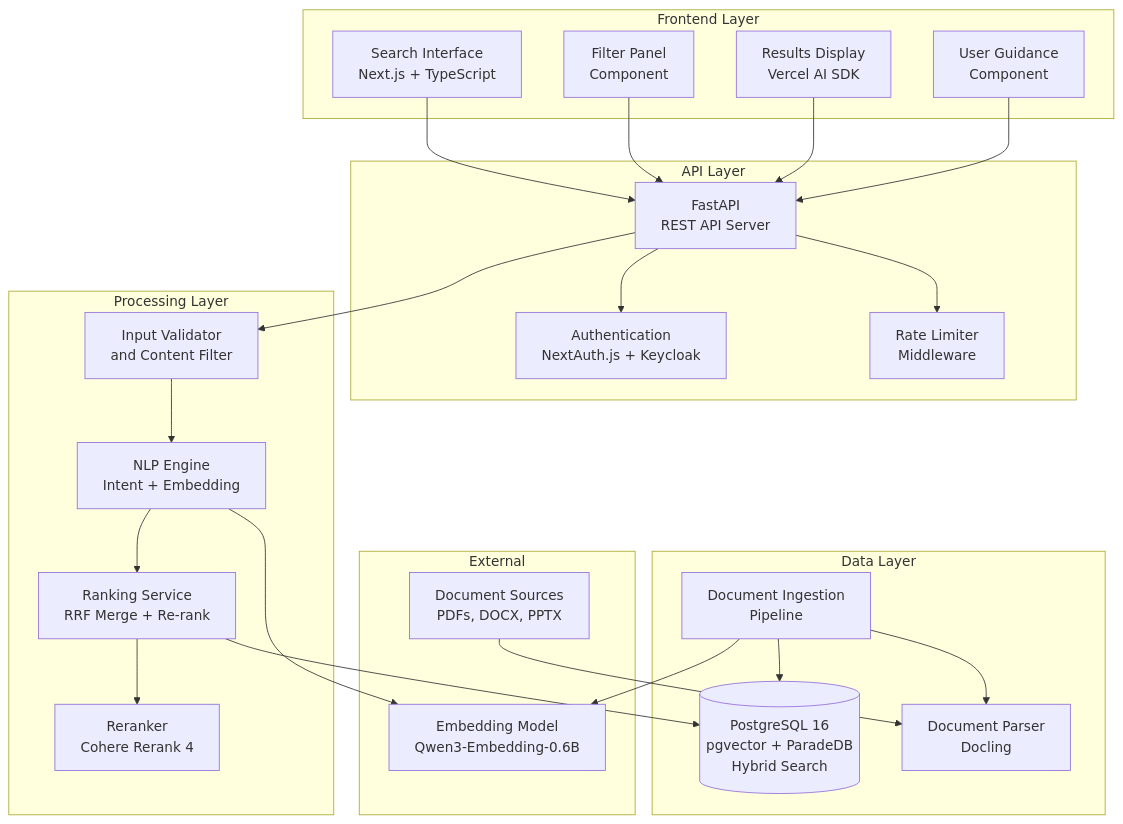
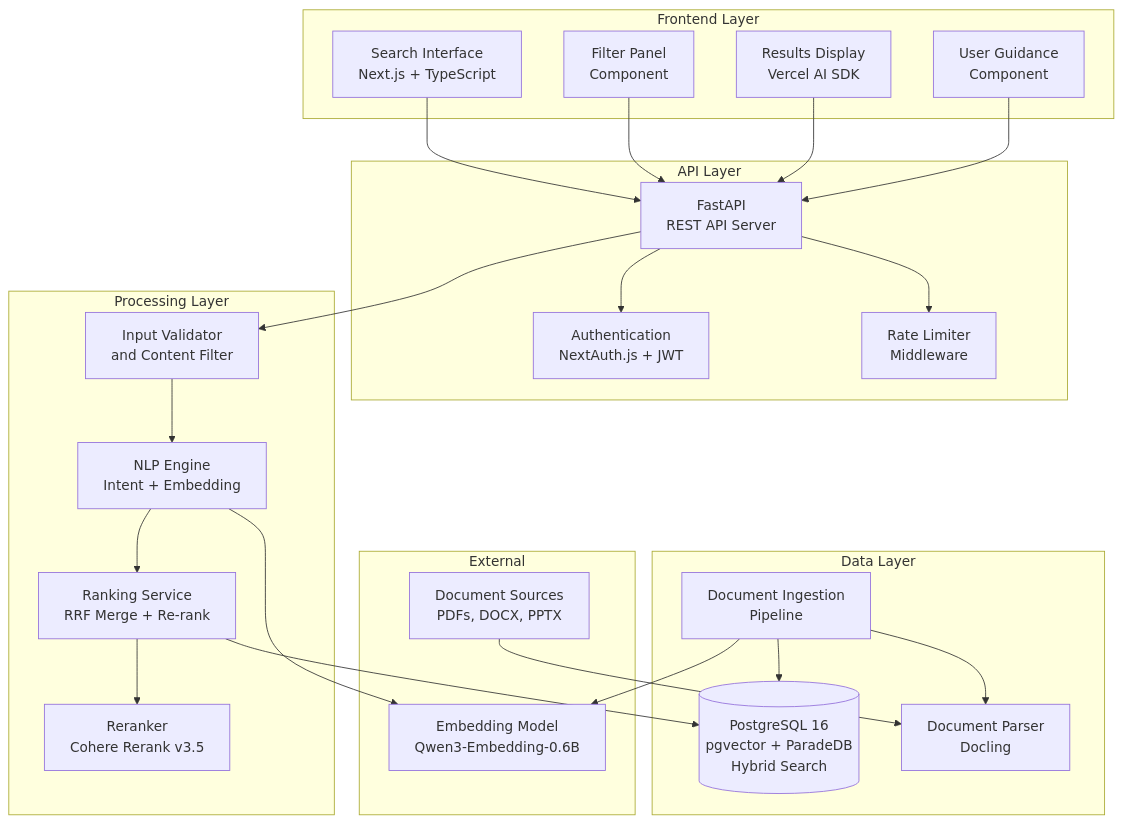
Before and after one commit to FlyM1ss/capstone-project: the diagram in software-engineering/diagrams/component.mmd, drawn with Mermaid. The commit also changed 8 other files, not shown here.

Commit message:
diagram update

```diff
--- a/software-engineering/diagrams/component.mmd
+++ b/software-engineering/diagrams/component.mmd
@@ -1,48 +1,48 @@
 graph TB
     subgraph Frontend Layer
         UI[Search Interface<br/>Next.js + TypeScript]
         Filter[Filter Panel<br/>Component]
         Results[Results Display<br/>Vercel AI SDK]
         Guidance[User Guidance<br/>Component]
     end
 
     subgraph API Layer
         API[FastAPI<br/>REST API Server]
-        Auth[Authentication<br/>NextAuth.js + Keycloak]
+        Auth[Authentication<br/>NextAuth.js + JWT]
         RateLimit[Rate Limiter<br/>Middleware]
     end
 
     subgraph Processing Layer
         InputVal[Input Validator<br/>and Content Filter]
         NLPEngine[NLP Engine<br/>Intent + Embedding]
-        Reranker[Reranker<br/>Cohere Rerank 4]
+        Reranker[Reranker<br/>Cohere Rerank v3.5]
         Ranker[Ranking Service<br/>RRF Merge + Re-rank]
     end
 
     subgraph Data Layer
         UnifiedDB[(PostgreSQL 16<br/>pgvector + ParadeDB<br/>Hybrid Search)]
         Ingestion[Document Ingestion<br/>Pipeline]
         DocParser[Document Parser<br/>Docling]
     end
 
     subgraph External
         EmbedModel[Embedding Model<br/>Qwen3-Embedding-0.6B]
         DocSource[Document Sources<br/>PDFs, DOCX, PPTX]
     end
 
     UI --> API
     Filter --> API
     Results --> API
     Guidance --> API
     API --> Auth
     API --> RateLimit
     API --> InputVal
     InputVal --> NLPEngine
     NLPEngine --> EmbedModel
     NLPEngine --> Ranker
     Ranker --> UnifiedDB
     Ranker --> Reranker
     Ingestion --> UnifiedDB
     Ingestion --> EmbedModel
     Ingestion --> DocParser
     DocSource --> DocParser
```
